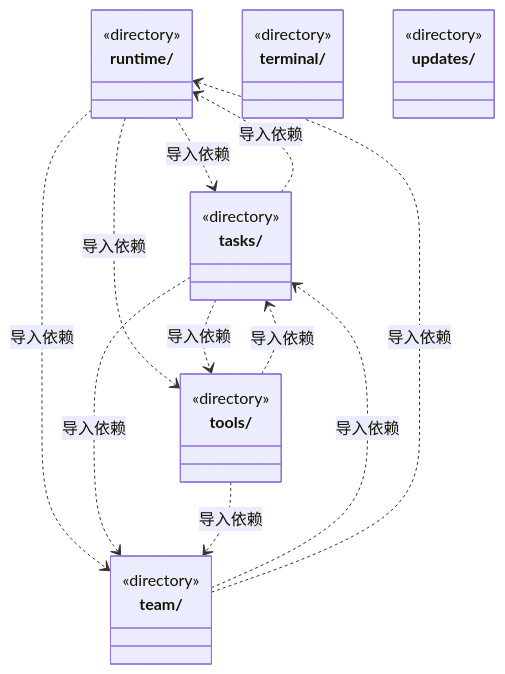
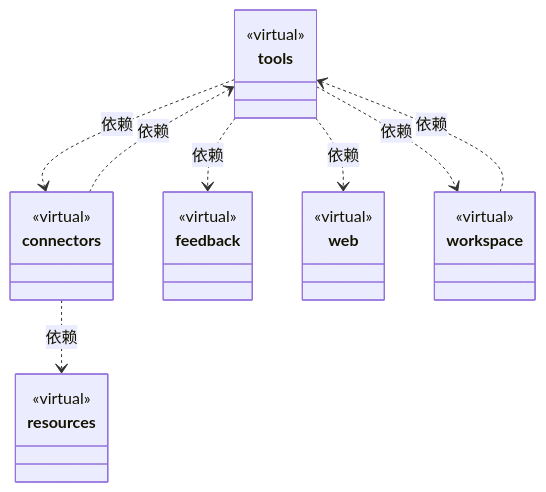
One commit to nan023062/cbim changed the fourth of 5 diagrams in src/logic/ARCHITECTURE.md. Above: the diagram before and after it, drawn with Mermaid. The commit also changed other lines of this file and 158 other files, not shown here.

Commit message:
docs: model architecture through nested virtual encapsulations

````diff
--- a/src/logic/ARCHITECTURE.md
+++ b/src/logic/ARCHITECTURE.md
@@ -943,31 +150,34 @@
 ```mermaid
 classDiagram
-class N_src_logic_runtime["runtime/"] {
-  <<directory>>
+class N_40cc50f98509["tools"] {
+  <<virtual>>
 }
-class N_src_logic_tasks["tasks/"] {
-  <<directory>>
+click N_40cc50f98509 href "tools/ARCHITECTURE.md"
+class N_b734247ecb35["connectors"] {
+  <<virtual>>
 }
-class N_src_logic_team["team/"] {
-  <<directory>>
+click N_b734247ecb35 href "connectors/ARCHITECTURE.md"
+class N_f3f055d56704["feedback"] {
+  <<virtual>>
 }
-class N_src_logic_terminal["terminal/"] {
-  <<directory>>
+click N_f3f055d56704 href "feedback/ARCHITECTURE.md"
+class N_e99b7cd6e11b["web"] {
+  <<virtual>>
 }
-class N_src_logic_tools["tools/"] {
-  <<directory>>
+click N_e99b7cd6e11b href "web/ARCHITECTURE.md"
+class N_2af216e0d482["workspace"] {
+  <<virtual>>
 }
-class N_src_logic_updates["updates/"] {
-  <<directory>>
+click N_2af216e0d482 href "workspace/ARCHITECTURE.md"
+class N_a3428236c4a1["resources"] {
+  <<virtual>>
 }
-N_src_logic_runtime ..> N_src_logic_tasks : 导入依赖
-N_src_logic_runtime ..> N_src_logic_team : 导入依赖
-N_src_logic_runtime ..> N_src_logic_tools : 导入依赖
-N_src_logic_tasks ..> N_src_logic_team : 导入依赖
-N_src_logic_tasks ..> N_src_logic_tools : 导入依赖
-N_src_logic_tasks ..> N_src_logic_runtime : 导入依赖
-N_src_logic_team ..> N_src_logic_tasks : 导入依赖
-N_src_logic_team ..> N_src_logic_runtime : 导入依赖
-N_src_logic_tools ..> N_src_logic_team : 导入依赖
-N_src_logic_tools ..> N_src_logic_tasks : 导入依赖
+click N_a3428236c4a1 href "resources/ARCHITECTURE.md"
+N_b734247ecb35 ..> N_a3428236c4a1 : 依赖
+N_b734247ecb35 ..> N_40cc50f98509 : 依赖
+N_40cc50f98509 ..> N_b734247ecb35 : 依赖
+N_40cc50f98509 ..> N_f3f055d56704 : 依赖
+N_40cc50f98509 ..> N_e99b7cd6e11b : 依赖
+N_40cc50f98509 ..> N_2af216e0d482 : 依赖
+N_2af216e0d482 ..> N_40cc50f98509 : 依赖
 ```
````
